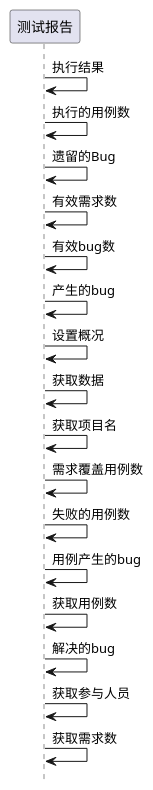
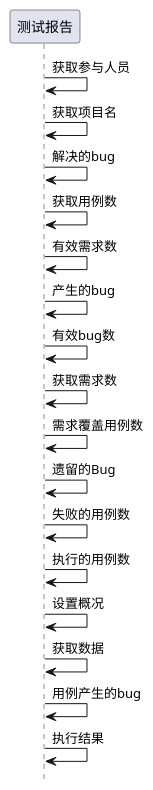
Before and after one commit to zj335841911/nt_chandao: the second of 9 diagrams in ibizpms-docs/src/main/doc/v1/module/zentao/TestReport_old.md, drawn with PlantUML. The commit also changed other lines of this file and 2125 other files, not shown here.

```diff
--- a/ibizpms-docs/src/main/doc/v1/module/zentao/TestReport_old.md
+++ b/ibizpms-docs/src/main/doc/v1/module/zentao/TestReport_old.md
@@ -101,20 +101,20 @@
 {% plantuml %}
 hide footbox
 
-测试报告 -> 测试报告: 执行结果
+测试报告 -> 测试报告: 获取参与人员
+测试报告 -> 测试报告: 获取项目名
+测试报告 -> 测试报告: 解决的bug
+测试报告 -> 测试报告: 获取用例数
+测试报告 -> 测试报告: 有效需求数
+测试报告 -> 测试报告: 产生的bug
+测试报告 -> 测试报告: 有效bug数
+测试报告 -> 测试报告: 获取需求数
+测试报告 -> 测试报告: 需求覆盖用例数
+测试报告 -> 测试报告: 遗留的Bug
+测试报告 -> 测试报告: 失败的用例数
 测试报告 -> 测试报告: 执行的用例数
-测试报告 -> 测试报告: 遗留的Bug
-测试报告 -> 测试报告: 有效需求数
-测试报告 -> 测试报告: 有效bug数
-测试报告 -> 测试报告: 产生的bug
 测试报告 -> 测试报告: 设置概况
 测试报告 -> 测试报告: 获取数据
-测试报告 -> 测试报告: 获取项目名
-测试报告 -> 测试报告: 需求覆盖用例数
-测试报告 -> 测试报告: 失败的用例数
 测试报告 -> 测试报告: 用例产生的bug
-测试报告 -> 测试报告: 获取用例数
-测试报告 -> 测试报告: 解决的bug
-测试报告 -> 测试报告: 获取参与人员
-测试报告 -> 测试报告: 获取需求数
+测试报告 -> 测试报告: 执行结果
 {% endplantuml %}
```
